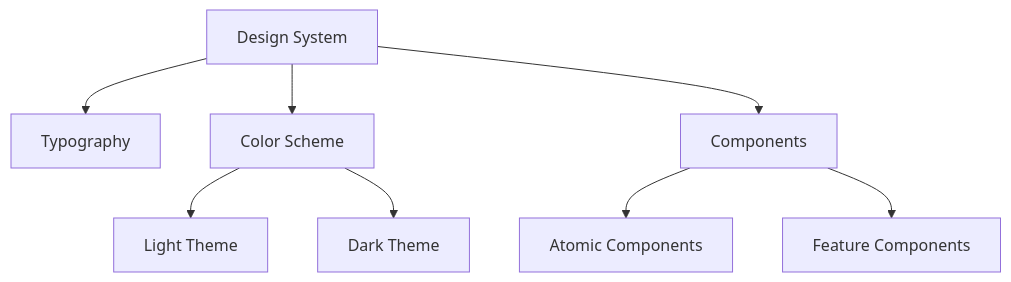
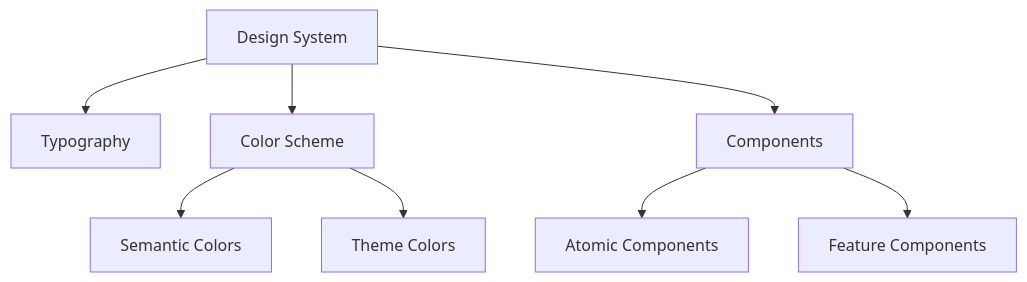
One commit to tkhs0604/conference-app-2025 changed the seventh of 8 diagrams in app-ios/README.md. Above: the diagram before and after it, drawn with Mermaid. The commit also changed 1 other file, not shown here.

Commit message:
docs: remove light theme reference and update CLAUDE.md with latest build instructions

````diff
--- a/app-ios/README.md
+++ b/app-ios/README.md
@@ -258,12 +258,12 @@
 ```mermaid
 graph TD
     A[Design System] --> B[Typography]
     A --> C[Color Scheme]
     A --> D[Components]
     
-    C --> E[Light Theme]
-    C --> F[Dark Theme]
+    C --> E[Semantic Colors]
+    C --> F[Theme Colors]
     
     D --> G[Atomic Components]
     D --> H[Feature Components]
 ```
````
